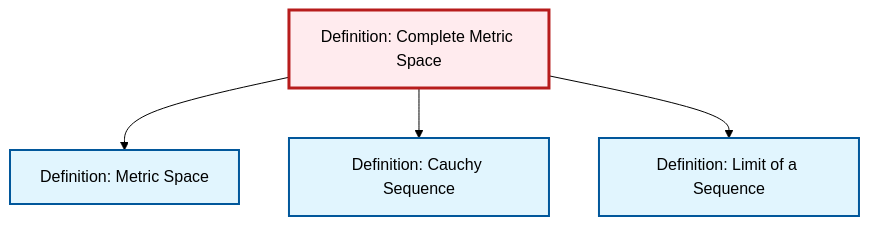
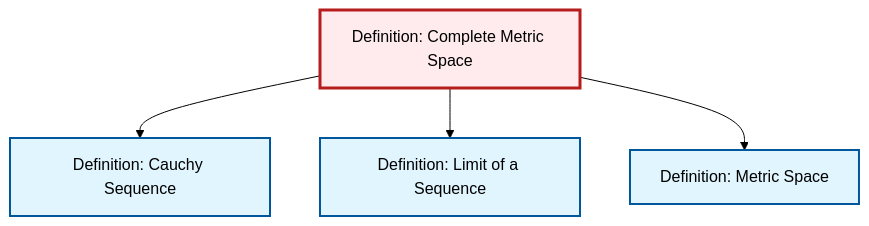
Before and after one commit to RK0429/ModernMath: the diagram in content/ja/analysis/def-complete-metric-space.qmd, drawn with Mermaid (forest theme). The commit also changed other lines of this file and 10 other files, not shown here.

First line of the commit message:
feat: Add Normed Vector Space definition with comprehensive cross-references

````diff
--- a/content/ja/analysis/def-complete-metric-space.qmd
+++ b/content/ja/analysis/def-complete-metric-space.qmd
@@ -54,20 +54,20 @@
 ```{mermaid}
 %%| fig-cap: "Local dependency graph"
 graph TD
     classDef definition fill:#e1f5fe,stroke:#01579b,stroke-width:2px
     classDef theorem fill:#f3e5f5,stroke:#4a148c,stroke-width:2px
     classDef axiom fill:#fff3e0,stroke:#e65100,stroke-width:2px
     classDef example fill:#e8f5e9,stroke:#1b5e20,stroke-width:2px
     classDef current fill:#ffebee,stroke:#b71c1c,stroke-width:3px
-    def-limit["Definition: Limit of a Sequence"]:::definition
     def-cauchy-sequence["Definition: Cauchy Sequence"]:::definition
     def-complete-metric-space["Definition: Complete Metric Space"]:::definition
+    def-limit["Definition: Limit of a Sequence"]:::definition
     def-metric-space["Definition: Metric Space"]:::definition
-    def-complete-metric-space --> def-metric-space
     def-complete-metric-space --> def-cauchy-sequence
     def-complete-metric-space --> def-limit
+    def-complete-metric-space --> def-metric-space
     class def-complete-metric-space current
+    click def-cauchy-sequence "def-cauchy-sequence.html" "Definition: Cauchy Sequenceへ"
     click def-limit "def-limit.html" "Definition: Limit of a Sequenceへ"
-    click def-cauchy-sequence "def-cauchy-sequence.html" "Definition: Cauchy Sequenceへ"
     click def-metric-space "def-metric-space.html" "Definition: Metric Spaceへ"
 ```
````
